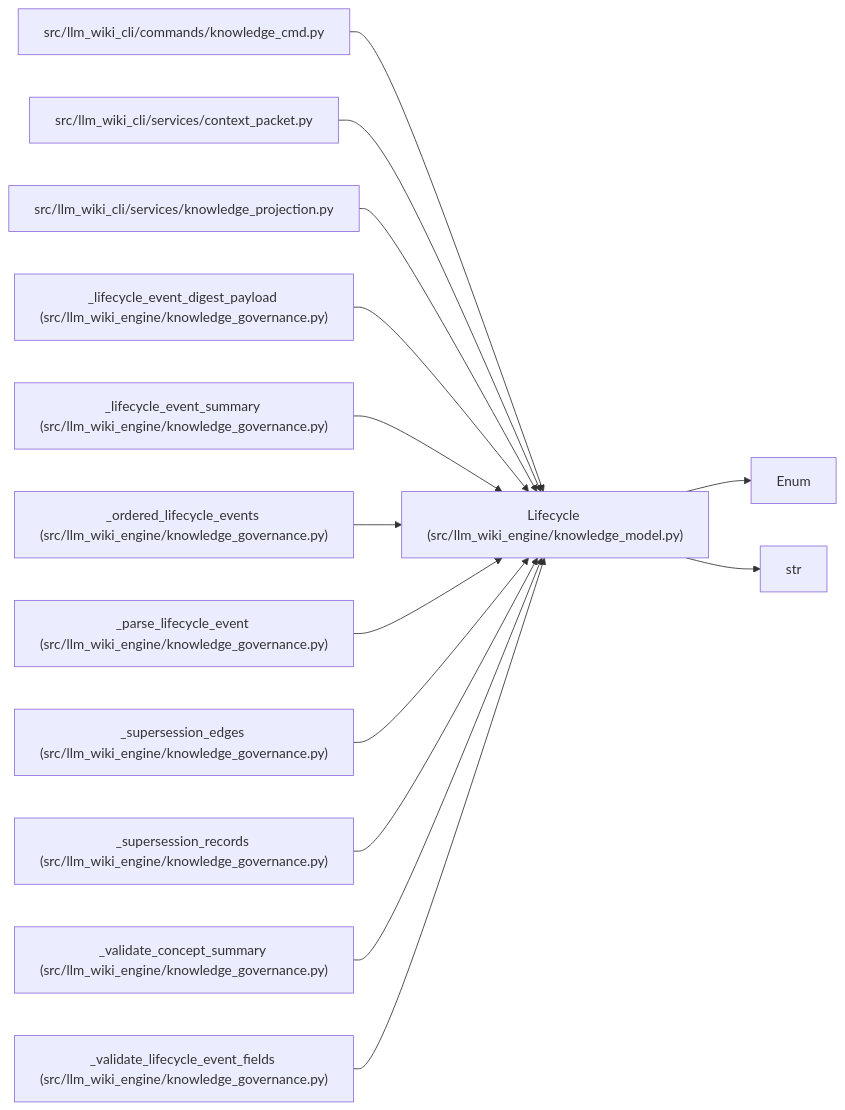
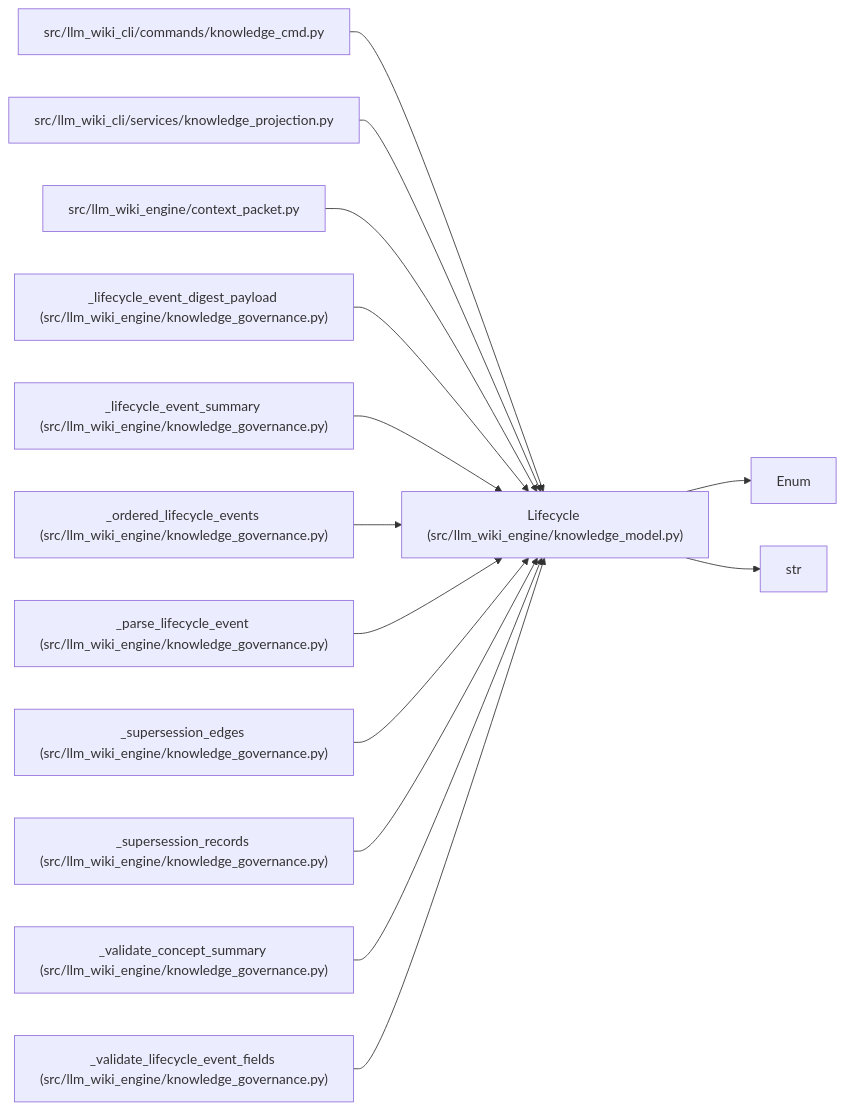
Before and after one commit to Denissvgn/python-wiki-llm: the diagram in docs/llm_wiki/entities/Lifecycle.md, drawn with Mermaid. The commit also changed 577 other files, not shown here.

Commit message:
docs: refresh the wiki for the engine context packet

````diff
--- a/docs/llm_wiki/entities/Lifecycle.md
+++ b/docs/llm_wiki/entities/Lifecycle.md
@@ -29,42 +29,42 @@
 ```mermaid
 flowchart LR
     n0["Lifecycle (src/llm_wiki_engine/knowledge_model.py)"]
     n1["Enum"]
     n2["str"]
     n3["src/llm_wiki_cli/commands/knowledge_cmd.py"]
-    n4["src/llm_wiki_cli/services/context_packet.py"]
-    n5["src/llm_wiki_cli/services/knowledge_projection.py"]
+    n4["src/llm_wiki_cli/services/knowledge_projection.py"]
+    n5["src/llm_wiki_engine/context_packet.py"]
     n6["_lifecycle_event_digest_payload (src/llm_wiki_engine/knowledge_governance.py)"]
     n7["_lifecycle_event_summary (src/llm_wiki_engine/knowledge_governance.py)"]
     n8["_ordered_lifecycle_events (src/llm_wiki_engine/knowledge_governance.py)"]
     n9["_parse_lifecycle_event (src/llm_wiki_engine/knowledge_governance.py)"]
     n10["_supersession_edges (src/llm_wiki_engine/knowledge_governance.py)"]
     n11["_supersession_records (src/llm_wiki_engine/knowledge_governance.py)"]
     n12["_validate_concept_summary (src/llm_wiki_engine/knowledge_governance.py)"]
     n13["_validate_lifecycle_event_fields (src/llm_wiki_engine/knowledge_governance.py)"]
     n0 --> n1
     n0 --> n2
     n3 --> n0
     n4 --> n0
     n5 --> n0
     n6 --> n0
     n7 --> n0
     n8 --> n0
     n9 --> n0
     n10 --> n0
     n11 --> n0
     n12 --> n0
     n13 --> n0
     click n0 "../modules/knowledge_model.md"
     click n3 "../modules/knowledge_cmd.md"
-    click n4 "../modules/context_packet.md"
-    click n5 "../modules/knowledge_projection.md"
+    click n4 "../modules/knowledge_projection.md"
+    click n5 "../modules/context_packet.md"
     click n6 "../modules/knowledge_governance.md"
     click n7 "../modules/knowledge_governance.md"
     click n8 "../modules/knowledge_governance.md"
     click n9 "../modules/knowledge_governance.md"
     click n10 "../modules/knowledge_governance.md"
     click n11 "../modules/knowledge_governance.md"
     click n12 "../modules/knowledge_governance.md"
     click n13 "../modules/knowledge_governance.md"
 ```
````
